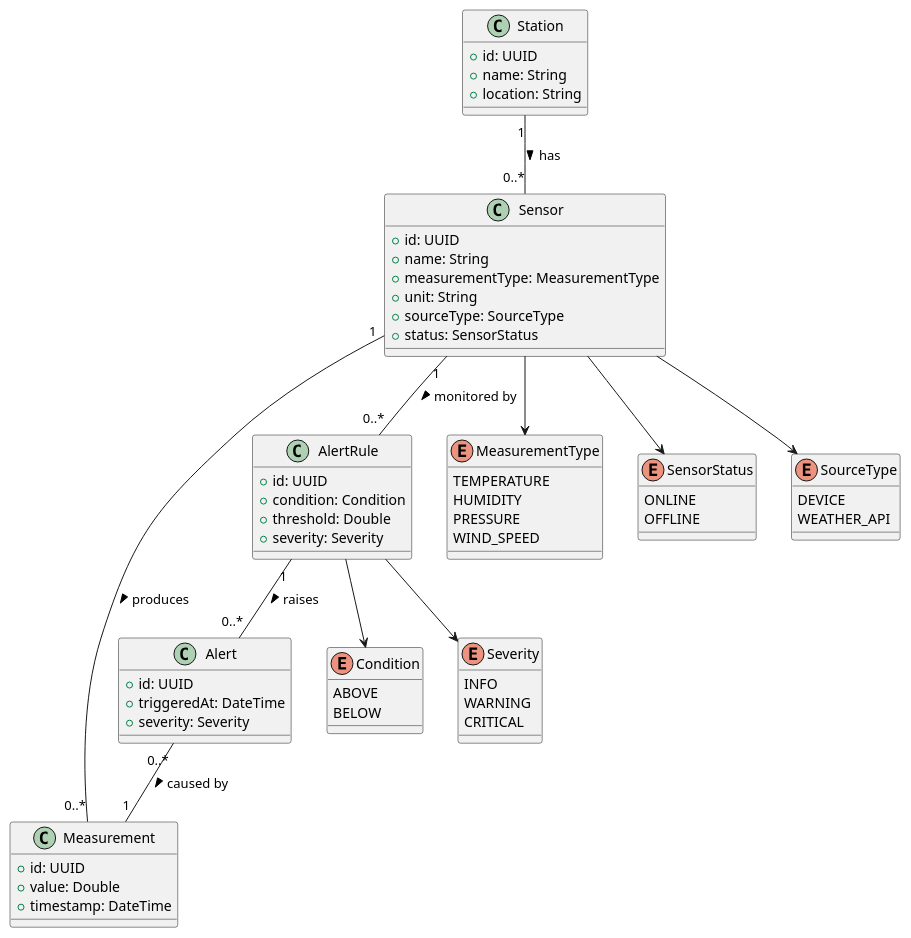
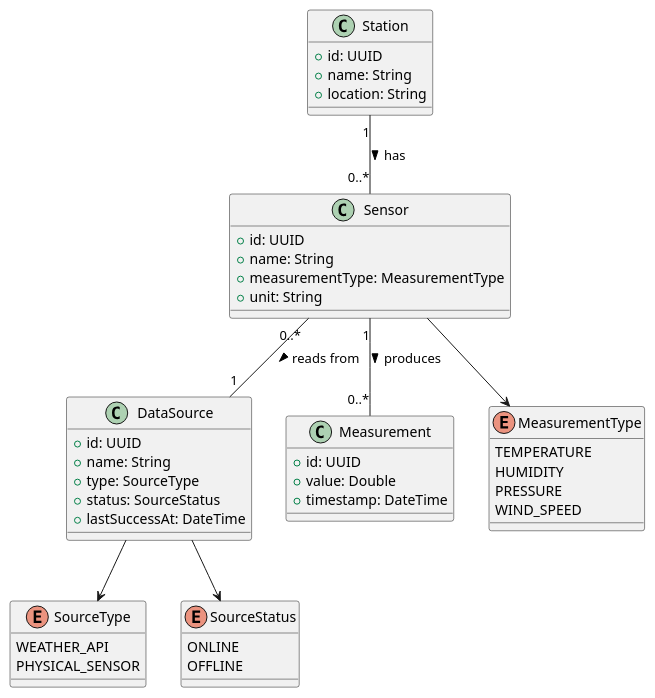
One commit to HappyNiceIce/weather-dashboard changed the diagram in docs/uml/domain-model.puml. Above: the diagram before and after it, drawn with PlantUML. The commit also changed 1 other file, not shown here.

Commit message:
docs(requirements): узгоджено вимоги та domain model з ЛР1 і ПЗ

```diff
--- a/docs/uml/domain-model.puml
+++ b/docs/uml/domain-model.puml
@@ -1,65 +1,46 @@
-@startuml
+@startuml domain-model
 class Station {
  +id: UUID
  +name: String
  +location: String
 }
 class Sensor {
  +id: UUID
  +name: String
  +measurementType: MeasurementType
  +unit: String
- +sourceType: SourceType
- +status: SensorStatus
+}
+class DataSource {
+ +id: UUID
+ +name: String
+ +type: SourceType
+ +status: SourceStatus
+ +lastSuccessAt: DateTime
 }
 class Measurement {
  +id: UUID
  +value: Double
  +timestamp: DateTime
-}
-class AlertRule {
- +id: UUID
- +condition: Condition
- +threshold: Double
- +severity: Severity
-}
-class Alert {
- +id: UUID
- +triggeredAt: DateTime
- +severity: Severity
 }
 enum MeasurementType {
  TEMPERATURE
  HUMIDITY
  PRESSURE
  WIND_SPEED
 }
-enum SensorStatus {
+enum SourceType {
+ WEATHER_API
+ PHYSICAL_SENSOR
+}
+enum SourceStatus {
  ONLINE
  OFFLINE
 }
-enum SourceType {
- DEVICE
- WEATHER_API
-}
-enum Condition {
- ABOVE
- BELOW
-}
-enum Severity {
- INFO
- WARNING
- CRITICAL
-}
 
 Station "1" -- "0..*" Sensor : has >
+Sensor "0..*" -- "1" DataSource : reads from >
 Sensor "1" -- "0..*" Measurement : produces >
-Sensor "1" -- "0..*" AlertRule : monitored by >
-AlertRule "1" -- "0..*" Alert : raises >
-Alert "0..*" -- "1" Measurement : caused by >
 Sensor --> MeasurementType
-Sensor --> SensorStatus
-Sensor --> SourceType
-AlertRule --> Condition
-AlertRule --> Severity
+DataSource --> SourceType
+DataSource --> SourceStatus
 @enduml
```
